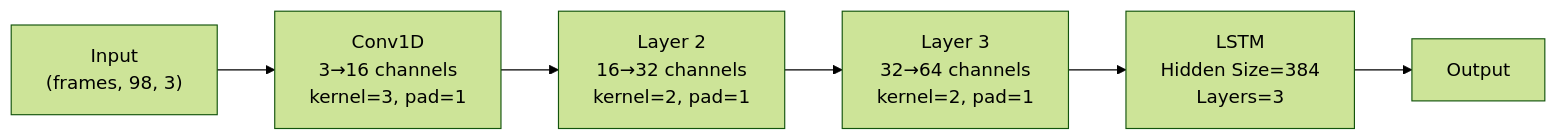
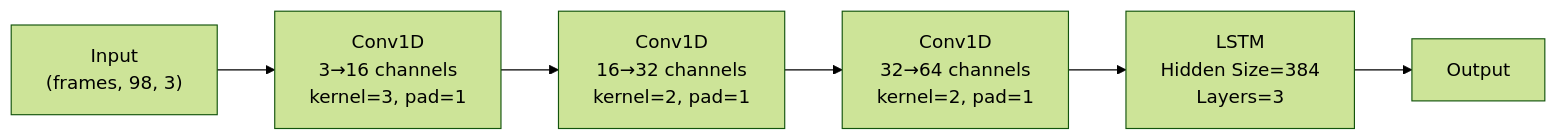
One commit to farahpiralic/ASLens-Test changed the second of 3 diagrams in README.md. Above: the diagram before and after it, drawn with Mermaid (forest theme). The commit also changed other lines of this file, not shown here.

````diff
--- a/README.md
+++ b/README.md
@@ -101,10 +101,10 @@
 ```mermaid
 
 graph LR
 A["Input<br>(frames, 98, 3)"]
 A --> C["Conv1D<br>3→16 channels<br>kernel=3, pad=1"]
-C --> D["Layer 2<br>16→32 channels<br>kernel=2, pad=1"]
-D --> E["Layer 3<br>32→64 channels<br>kernel=2, pad=1"]
+C --> D["Conv1D<br>16→32 channels<br>kernel=2, pad=1"]
+D --> E["Conv1D<br>32→64 channels<br>kernel=2, pad=1"]
 E --> G["LSTM<br>Hidden Size=384<br>Layers=3"]
 G --> H["Output<br>"]
 ```
````
